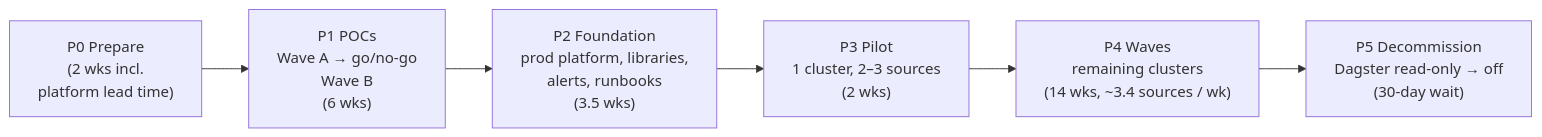
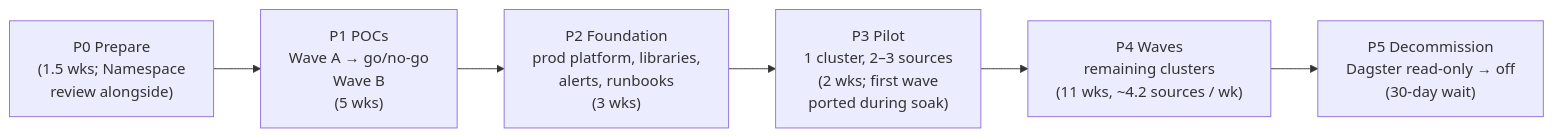
Before and after one commit to infroid/temporal-vs-dagster: the eighth of 13 diagrams in docs/2-migration-plan.md, drawn with Mermaid. The commit also changed other lines of this file and 2 other files, not shown here.

First line of the commit message:
Aggressive target timeline and POC phase at a glance

````diff
--- a/docs/2-migration-plan.md
+++ b/docs/2-migration-plan.md
@@ -649,8 +720,8 @@
 ```mermaid
 flowchart LR
-  P0["P0 Prepare<br/>(2 wks incl.<br/>platform lead time)"] --> P1["P1 POCs<br/>Wave A → go/no-go<br/>Wave B<br/>(6 wks)"]
-  P1 --> P2["P2 Foundation<br/>prod platform, libraries,<br/>alerts, runbooks<br/>(3.5 wks)"]
-  P2 --> P3["P3 Pilot<br/>1 cluster, 2–3 sources<br/>(2 wks)"]
-  P3 --> P4["P4 Waves<br/>remaining clusters<br/>(14 wks, ~3.4 sources / wk)"]
+  P0["P0 Prepare<br/>(1.5 wks; Namespace<br/>review alongside)"] --> P1["P1 POCs<br/>Wave A → go/no-go<br/>Wave B<br/>(5 wks)"]
+  P1 --> P2["P2 Foundation<br/>prod platform, libraries,<br/>alerts, runbooks<br/>(3 wks)"]
+  P2 --> P3["P3 Pilot<br/>1 cluster, 2–3 sources<br/>(2 wks; first wave<br/>ported during soak)"]
+  P3 --> P4["P4 Waves<br/>remaining clusters<br/>(11 wks, ~4.2 sources / wk)"]
   P4 --> P5["P5 Decommission<br/>Dagster read-only → off<br/>(30-day wait)"]
 ```
````
